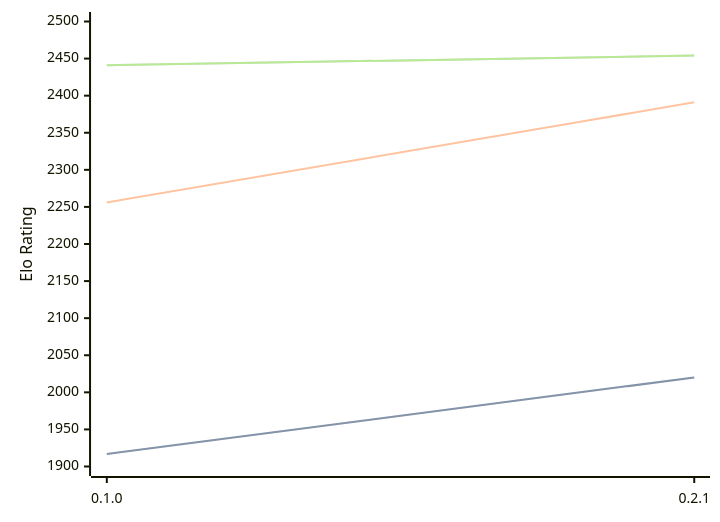
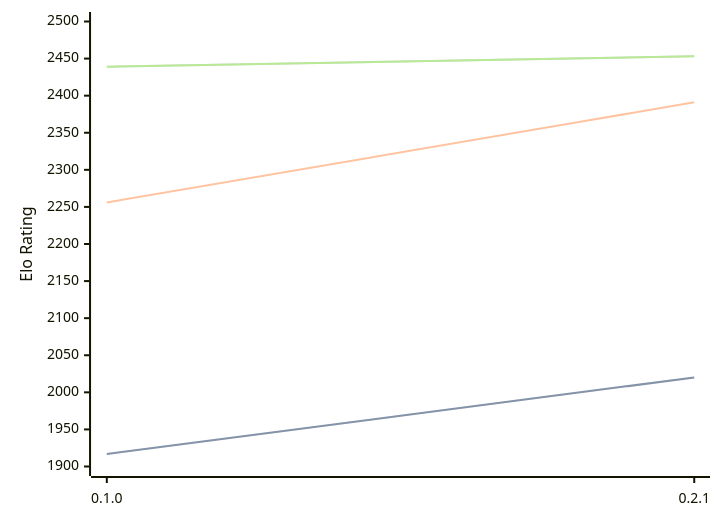
Before and after one commit to computer-chess-index/cci: the diagram in engines/Sykora.md, drawn with Mermaid. The commit also changed other lines of this file, not shown here.

Commit message:
Update CCI Ratings (ELO VLTC) - 2026-03-31

````diff
--- a/engines/Sykora.md
+++ b/engines/Sykora.md
@@ -33,11 +33,11 @@
 ```mermaid
 %%{init: {"theme":"base","themeVariables":{"seriesColors:['#a3a3a3','#222221','#faa371']}}}%%
 xychart-beta
   x-axis ["0.1.0", "0.2.1"]
   y-axis "Elo Rating" 1900 --> 2500
   line "STC (8.0+0.08s)" [1917, 2020]
   line "STC (8.0+0.08s)" [1917, 2020]
   line "LTC (60.0+0.60s)" [2256, 2391]
-  line "VLTC (2m24s+1.12s)" [2441, 2454]
-  line "VLTC (2m24s+1.12s)" [2441, 2454]
+  line "VLTC (2m24s+1.12s)" [2439, 2453]
+  line "VLTC (2m24s+1.12s)" [2439, 2453]
 ```
````
